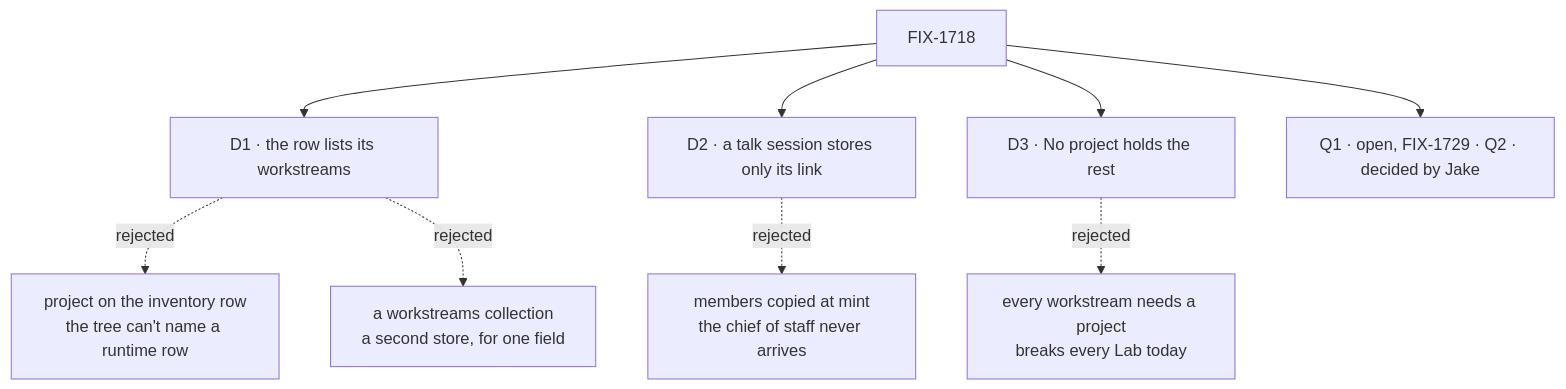
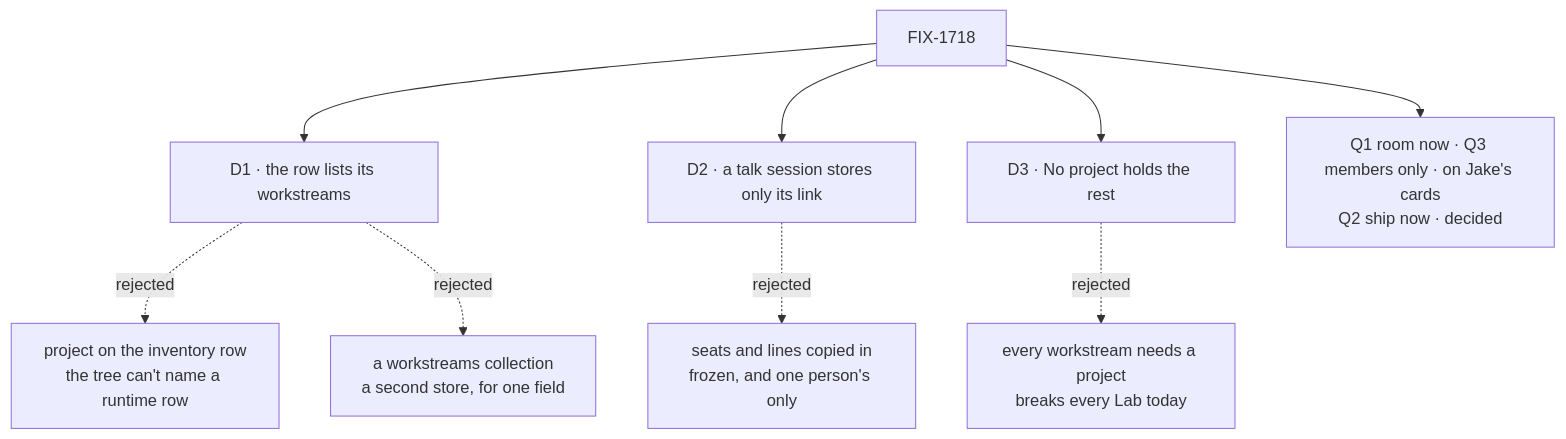
Before and after one commit to fixpoint-labs/flow-state-dev: the diagram in specs/issues/FIX-1718/DECISIONS.md, drawn with Mermaid. The commit also changed other lines of this file and 7 other files, not shown here.

````diff
--- a/specs/issues/FIX-1718/DECISIONS.md
+++ b/specs/issues/FIX-1718/DECISIONS.md
@@ -14,11 +19,11 @@
 ```mermaid
 flowchart TD
   I["FIX-1718"] --> D1["D1 · the row lists its workstreams"]
   D1 -.->|"rejected"| X1["project on the inventory row<br/>the tree can't name a runtime row"]
   D1 -.->|"rejected"| X2["a workstreams collection<br/>a second store, for one field"]
   I --> D2["D2 · a talk session stores only its link"]
-  D2 -.->|"rejected"| X3["members copied at mint<br/>the chief of staff never arrives"]
+  D2 -.->|"rejected"| X3["seats and lines copied in<br/>frozen, and one person's only"]
   I --> D3["D3 · No project holds the rest"]
   D3 -.->|"rejected"| X4["every workstream needs a project<br/>breaks every Lab today"]
-  I --> Q["Q1 · open, FIX-1729 · Q2 · decided by Jake"]
+  I --> Q["Q1 room now · Q3 members only · on Jake's cards<br/>Q2 ship now · decided"]
 ```
````
